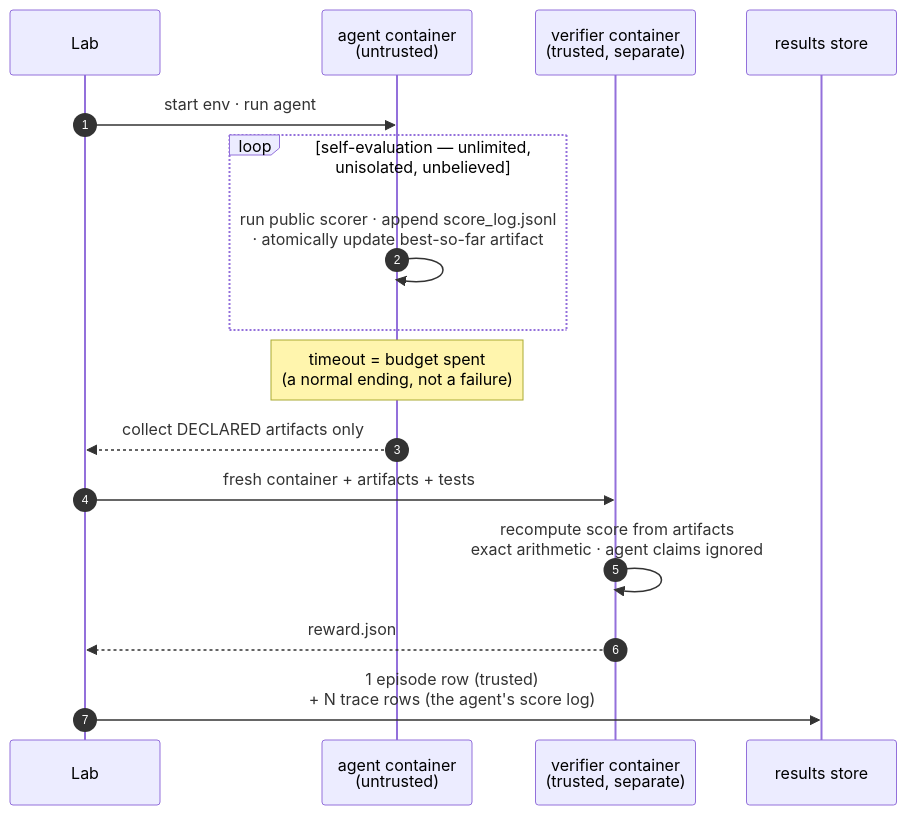
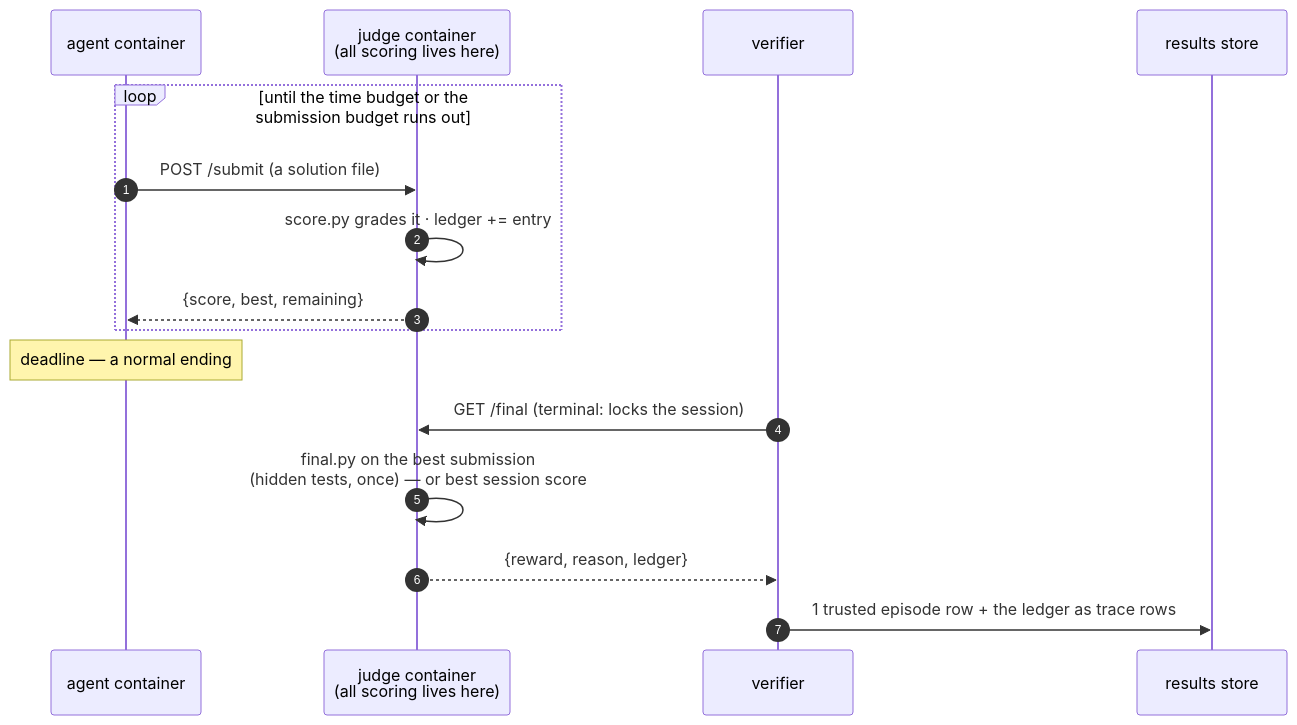
The diagram in docs/design.md (Human-Agent-Society/tide-eval), drawn with Mermaid before and after one commit. The commit also changed other lines of this file and 128 other files, not shown here.

````diff
--- a/docs/design.md
+++ b/docs/design.md
@@ -26,19 +28,19 @@
 ```mermaid
 sequenceDiagram
     autonumber
-    participant L as Lab
-    participant A as agent container<br/>(untrusted)
-    participant V as verifier container<br/>(trusted, separate)
+    participant A as agent container
+    participant J as judge container<br/>(all scoring lives here)
+    participant V as verifier
     participant S as results store
 
-    L->>A: start env · run agent
-    loop self-evaluation — unlimited, unisolated, unbelieved
-        A->>A: run public scorer · append score_log.jsonl<br/>· atomically update best-so-far artifact
+    loop until the time budget or the submission budget runs out
+        A->>J: POST /submit (a solution file)
+        J->>J: score.py grades it · ledger += entry
+        J-->>A: {score, best, remaining}
     end
-    Note over A: timeout = budget spent<br/>(a normal ending, not a failure)
-    A-->>L: collect DECLARED artifacts only
-    L->>V: fresh container + artifacts + tests
-    V->>V: recompute score from artifacts<br/>exact arithmetic · agent claims ignored
-    V-->>L: reward.json
-    L->>S: 1 episode row (trusted)<br/>+ N trace rows (the agent's score log)
+    Note over A: deadline — a normal ending
+    V->>J: GET /final (terminal: locks the session)
+    J->>J: final.py on the best submission<br/>(hidden tests, once) — or best session score
+    J-->>V: {reward, reason, ledger}
+    V->>S: 1 trusted episode row + the ledger as trace rows
 ```
````
